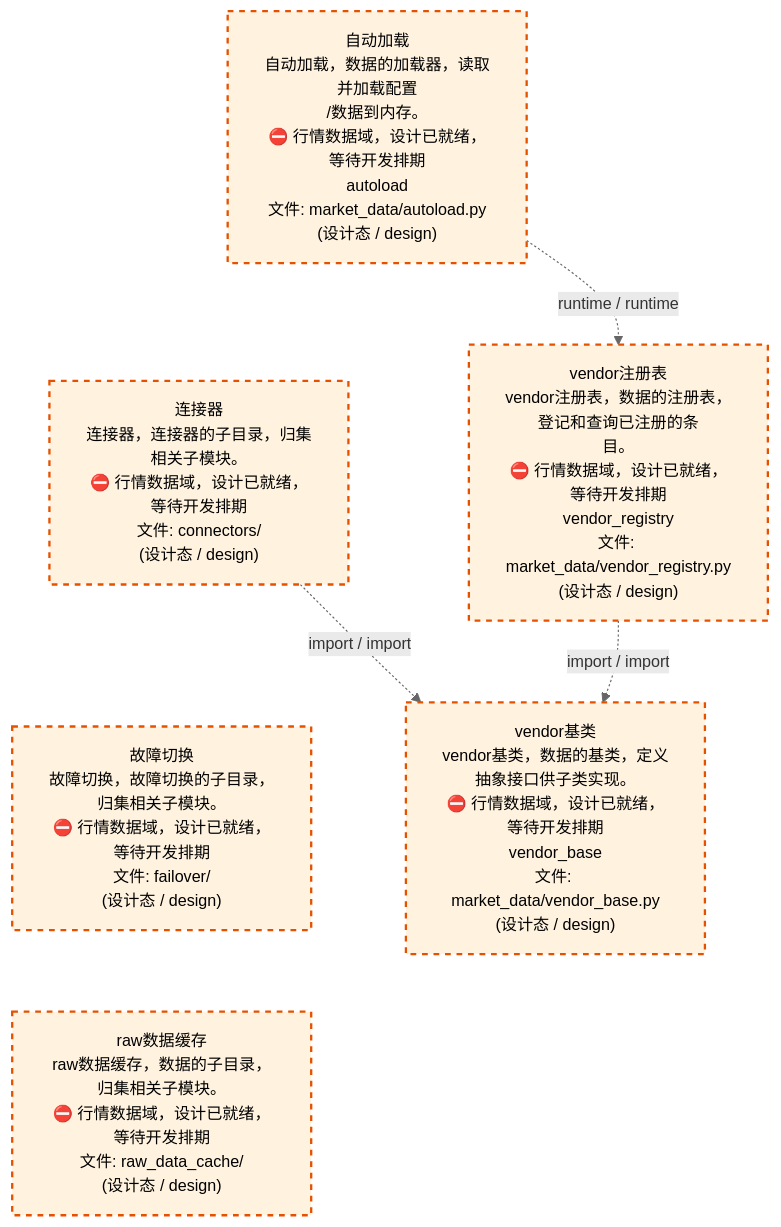
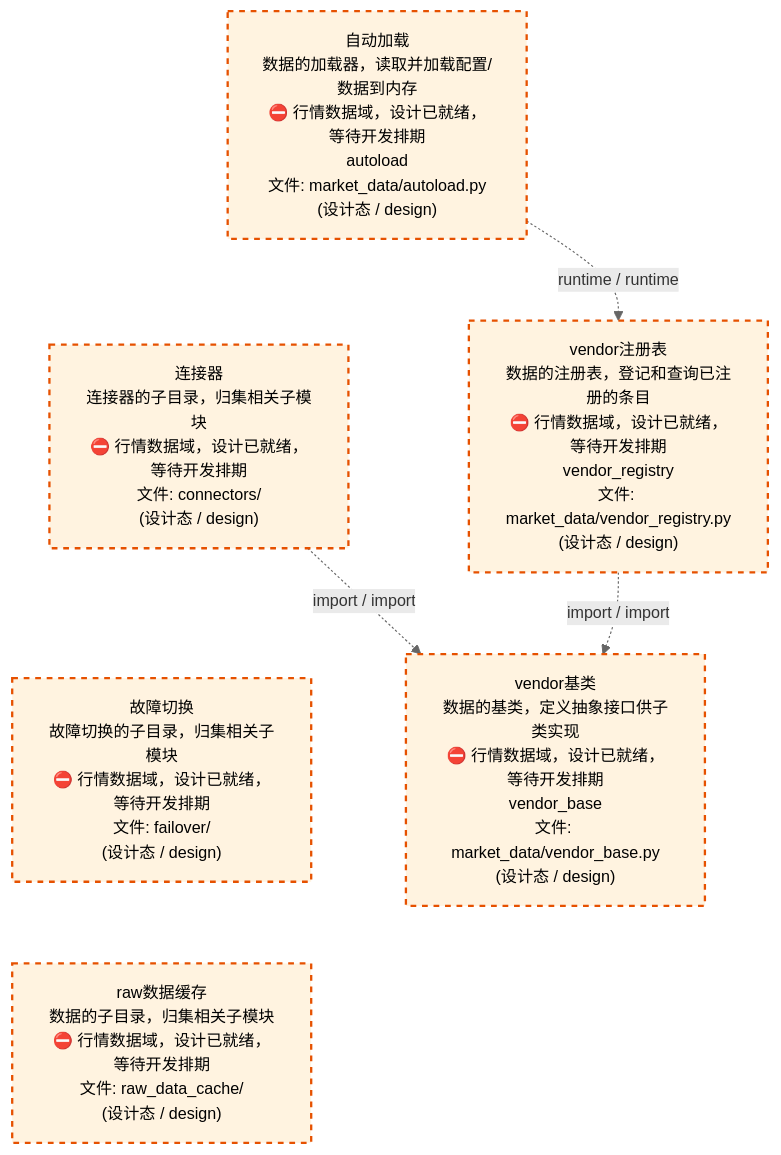
One commit to xuanFelixVan/ZephyrAlpha changed the third of 4 diagrams in docs/02_enterprise_architecture/02_domain_architecture_docs/23_d_mkt_data.md. Above: the diagram before and after it, drawn with Mermaid. The commit also changed other lines of this file and 63 other files, not shown here.

````diff
--- a/docs/02_enterprise_architecture/02_domain_architecture_docs/23_d_mkt_data.md
+++ b/docs/02_enterprise_architecture/02_domain_architecture_docs/23_d_mkt_data.md
@@ -143,21 +143,21 @@
 ```mermaid
 %%{init: {'theme': 'base', 'themeVariables': {'primaryColor': '#eaeaea', 'primaryTextColor': '#333333', 'primaryBorderColor': '#666666', 'lineColor': '#666666', 'secondaryColor': '#eaeaea', 'tertiaryColor': '#eaeaea', 'fontSize': '14px'}}}%%
 flowchart TD
-    src_zephyr_market_data_autoload_py["自动加载<br/>自动加载，数据的加载器，读取并加载配置<br/>/数据到内存。<br/>⛔ 行情数据域，设计已就绪，等待开发排期<br/>autoload<br/>文件: market_data/autoload.py<br/>(设计态 / design)"]
-    src_zephyr_market_data_connectors["连接器<br/>连接器，连接器的子目录，归集相关子模块。<br/>⛔ 行情数据域，设计已就绪，等待开发排期<br/>文件: connectors/<br/>(设计态 / design)"]
-    src_zephyr_market_data_failover["故障切换<br/>故障切换，故障切换的子目录，归集相关子模块。<br/>⛔ 行情数据域，设计已就绪，等待开发排期<br/>文件: failover/<br/>(设计态 / design)"]
-    src_zephyr_market_data_raw_data_cache["raw数据缓存<br/>raw数据缓存，数据的子目录，归集相关子模块。<br/>⛔ 行情数据域，设计已就绪，等待开发排期<br/>文件: raw_data_cache/<br/>(设计态 / design)"]
+    src_zephyr_market_data_autoload_py["自动加载<br/>数据的加载器，读取并加载配置/数据到内存<br/>⛔ 行情数据域，设计已就绪，等待开发排期<br/>autoload<br/>文件: market_data/autoload.py<br/>(设计态 / design)"]
+    src_zephyr_market_data_connectors["连接器<br/>连接器的子目录，归集相关子模块<br/>⛔ 行情数据域，设计已就绪，等待开发排期<br/>文件: connectors/<br/>(设计态 / design)"]
+    src_zephyr_market_data_failover["故障切换<br/>故障切换的子目录，归集相关子模块<br/>⛔ 行情数据域，设计已就绪，等待开发排期<br/>文件: failover/<br/>(设计态 / design)"]
+    src_zephyr_market_data_raw_data_cache["raw数据缓存<br/>数据的子目录，归集相关子模块<br/>⛔ 行情数据域，设计已就绪，等待开发排期<br/>文件: raw_data_cache/<br/>(设计态 / design)"]
     src_zephyr_market_data_autoload_py ~~~ src_zephyr_market_data_connectors
     src_zephyr_market_data_connectors ~~~ src_zephyr_market_data_failover
     src_zephyr_market_data_failover ~~~ src_zephyr_market_data_raw_data_cache
-    src_zephyr_market_data_vendor_registry_py["vendor注册表<br/>vendor注册表，数据的注册表，登记和查询已注册的条<br/>目。<br/>⛔ 行情数据域，设计已就绪，等待开发排期<br/>vendor_registry<br/>文件: market_data/vendor_registry.py<br/>(设计态 / design)"]
-    src_zephyr_market_data_vendor_base_py["vendor基类<br/>vendor基类，数据的基类，定义抽象接口供子类实现。<br/>⛔ 行情数据域，设计已就绪，等待开发排期<br/>vendor_base<br/>文件: market_data/vendor_base.py<br/>(设计态 / design)"]
+    src_zephyr_market_data_vendor_registry_py["vendor注册表<br/>数据的注册表，登记和查询已注册的条目<br/>⛔ 行情数据域，设计已就绪，等待开发排期<br/>vendor_registry<br/>文件: market_data/vendor_registry.py<br/>(设计态 / design)"]
+    src_zephyr_market_data_vendor_base_py["vendor基类<br/>数据的基类，定义抽象接口供子类实现<br/>⛔ 行情数据域，设计已就绪，等待开发排期<br/>vendor_base<br/>文件: market_data/vendor_base.py<br/>(设计态 / design)"]
     src_zephyr_market_data_vendor_registry_py -.->|import / import| src_zephyr_market_data_vendor_base_py
     src_zephyr_market_data_connectors -.->|import / import| src_zephyr_market_data_vendor_base_py
     src_zephyr_market_data_autoload_py -.->|runtime / runtime| src_zephyr_market_data_vendor_registry_py
     classDef production fill:#e1f5fe,stroke:#01579b,stroke-width:2px,color:#000
     classDef design fill:#fff3e0,stroke:#e65100,stroke-width:2px,color:#000,stroke-dasharray: 5 5
     classDef external_prod fill:#e8f4fd,stroke:#0277bd,stroke-width:1px,color:#000
     classDef external_design fill:#fff8e7,stroke:#ef6c00,stroke-width:1px,color:#000,stroke-dasharray: 5 5
     class src_zephyr_market_data_autoload_py,src_zephyr_market_data_connectors,src_zephyr_market_data_failover,src_zephyr_market_data_raw_data_cache,src_zephyr_market_data_vendor_base_py,src_zephyr_market_data_vendor_registry_py design
 ```
````
